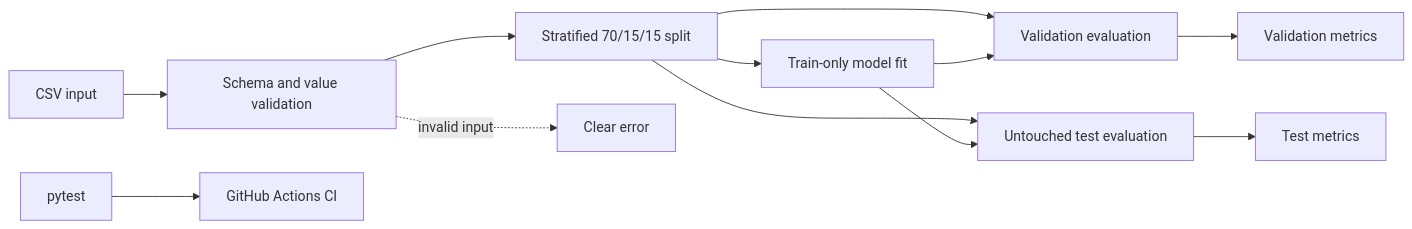
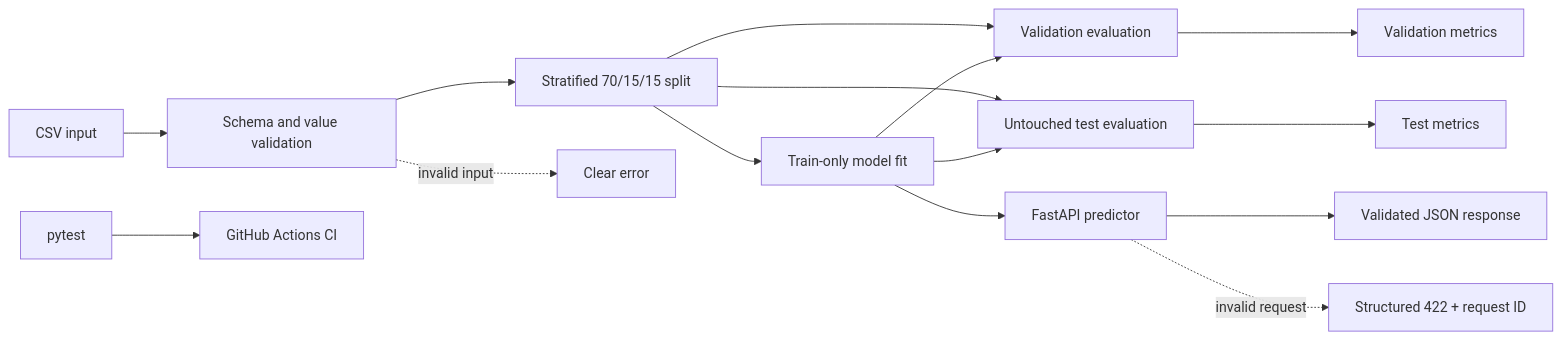
The diagram in README.md (aemref/AI-01-production-ml-classifier), drawn with Mermaid before and after one commit. The commit also changed other lines of this file and 1 other file, not shown here.

````diff
--- a/README.md
+++ b/README.md
@@ -124,14 +163,17 @@
 ```mermaid
 flowchart LR
     A[CSV input] --> B[Schema and value validation]
     B --> C[Stratified 70/15/15 split]
     C --> D[Train-only model fit]
     C --> E[Validation evaluation]
     C --> F[Untouched test evaluation]
     D --> E
     D --> F
     E --> G[Validation metrics]
     F --> H[Test metrics]
     I[pytest] --> J[GitHub Actions CI]
     B -. invalid input .-> K[Clear error]
+    D --> L[FastAPI predictor]
+    L --> M[Validated JSON response]
+    L -. invalid request .-> N[Structured 422 + request ID]
 ```
````
